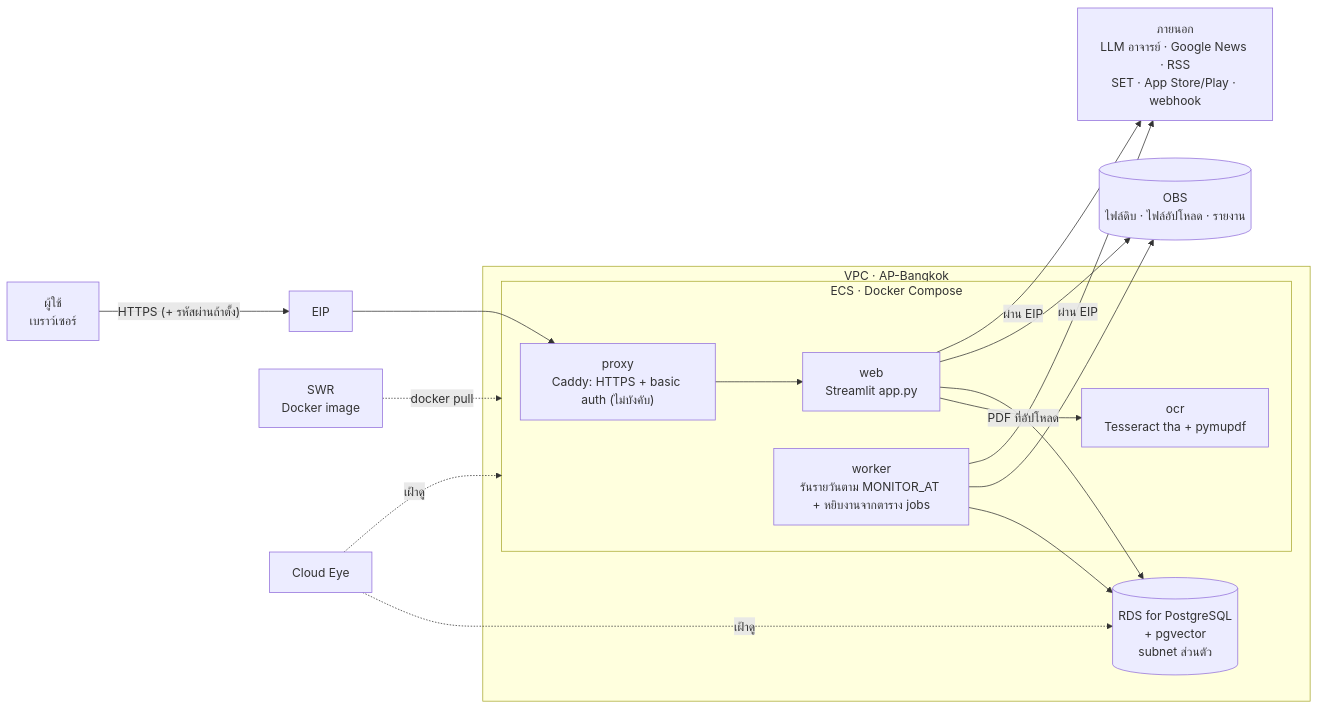
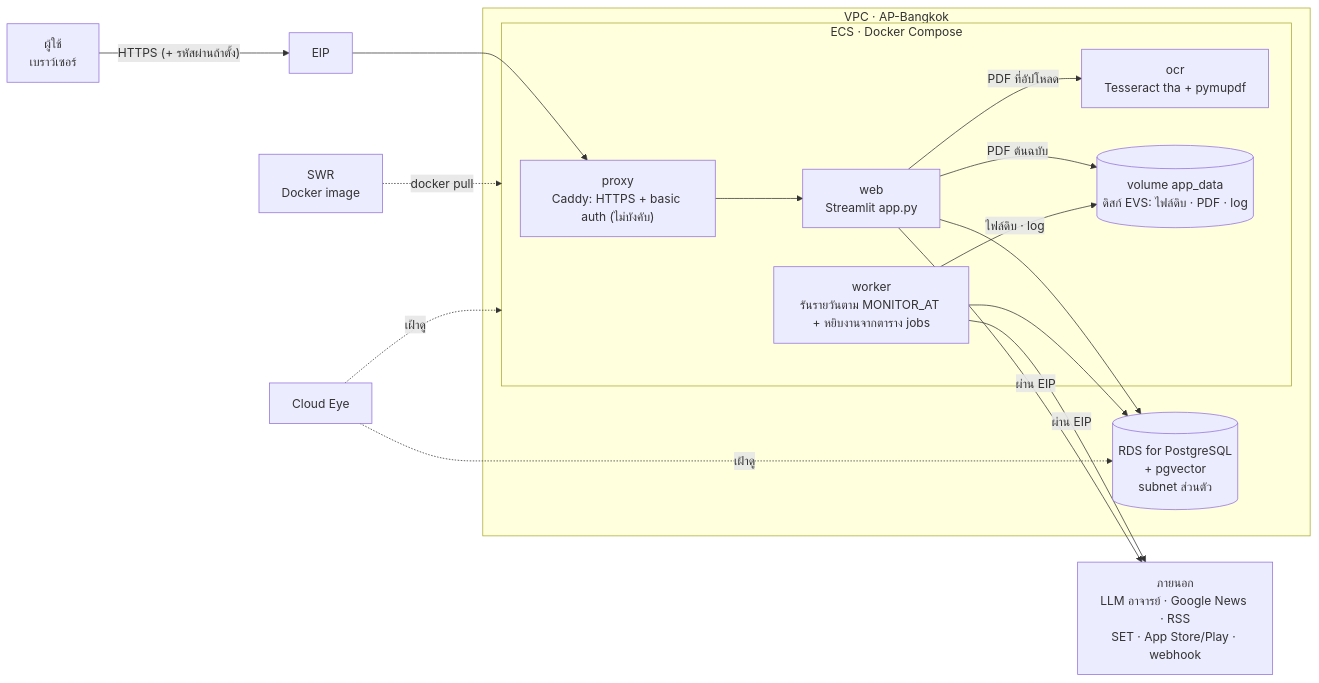
One commit to pepegummo/competitor-mockup changed the diagram in docs/huawei-cloud.md. Above: the diagram before and after it, drawn with Mermaid. The commit also changed other lines of this file and 12 other files, not shown here.

First line of the commit message:
Docs: files stay on the ECS volume (no OBS), docker worker in job diagrams

````diff
--- a/docs/huawei-cloud.md
+++ b/docs/huawei-cloud.md
@@ -15,25 +15,26 @@
 ```mermaid
 flowchart LR
     USER["ผู้ใช้<br/>เบราว์เซอร์"] -->|"HTTPS (+ รหัสผ่านถ้าตั้ง)"| EIP["EIP"]
     subgraph VPC["VPC · AP-Bangkok"]
         subgraph ECS["ECS · Docker Compose"]
             PROXY["proxy<br/>Caddy: HTTPS + basic auth (ไม่บังคับ)"]
             WEB["web<br/>Streamlit app.py"]
             WORKER["worker<br/>รันรายวันตาม MONITOR_AT + หยิบงานจากตาราง jobs"]
             OCR["ocr<br/>Tesseract tha + pymupdf"]
+            VOL[("volume app_data<br/>ดิสก์ EVS: ไฟล์ดิบ · PDF · log")]
             PROXY --> WEB
             WEB -->|"PDF ที่อัปโหลด"| OCR
+            WEB -->|"PDF ต้นฉบับ"| VOL
+            WORKER -->|"ไฟล์ดิบ · log"| VOL
         end
         RDS[("RDS for PostgreSQL<br/>+ pgvector<br/>subnet ส่วนตัว")]
         WEB --> RDS
         WORKER --> RDS
     end
     EIP --> PROXY
-    WEB --> OBS[("OBS<br/>ไฟล์ดิบ · ไฟล์อัปโหลด · รายงาน")]
-    WORKER --> OBS
     SWR["SWR<br/>Docker image"] -.->|"docker pull"| ECS
     WORKER -->|"ผ่าน EIP"| EXT["ภายนอก<br/>LLM อาจารย์ · Google News · RSS<br/>SET · App Store/Play · webhook"]
     WEB -->|"ผ่าน EIP"| EXT
     CE["Cloud Eye"] -.->|"เฝ้าดู"| ECS
     CE -.->|"เฝ้าดู"| RDS
 ```
````
